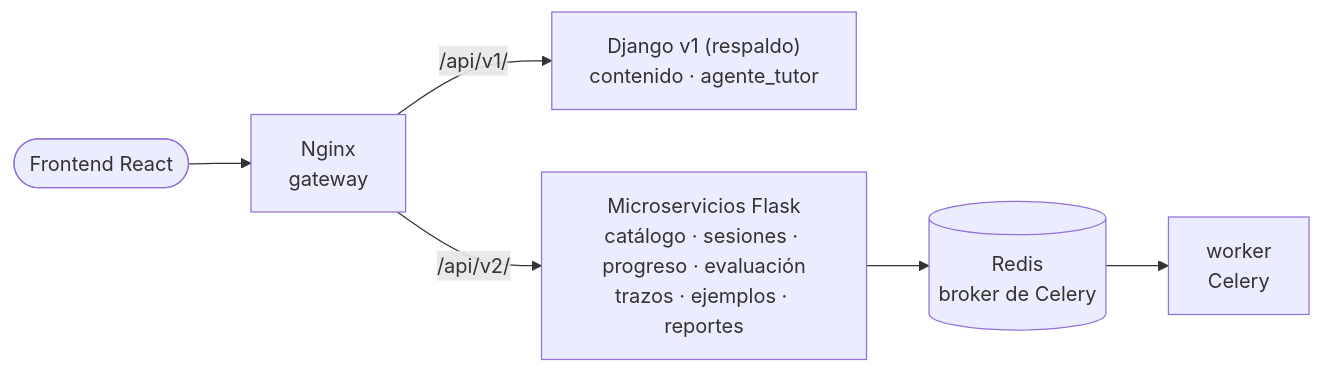
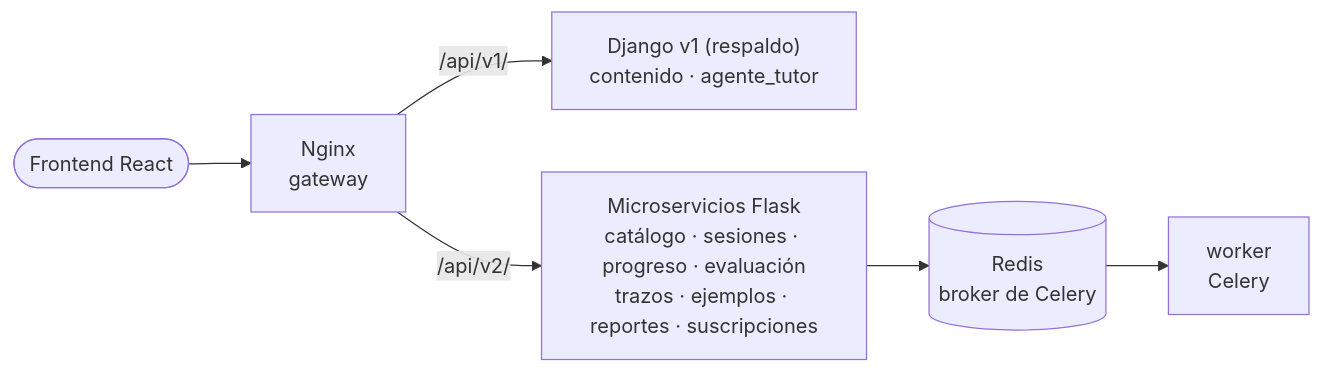
One commit to jalvarez01/HanZi-Mentor changed the second of 9 diagrams in docs/wiki/Entrega-II.md. Above: the diagram before and after it, drawn with Mermaid. The commit also changed other lines of this file and 1 other file, not shown here.

Commit message:
docs: suscripciones en el readme y la wiki

````diff
--- a/docs/wiki/Entrega-II.md
+++ b/docs/wiki/Entrega-II.md
@@ -186,8 +187,8 @@
 ```mermaid
 flowchart LR
     app(["Frontend React"]) --> nginx["Nginx<br/>gateway"]
     nginx -->|"/api/v1/"| v1["Django v1 (respaldo)<br/>contenido · agente_tutor"]
-    nginx -->|"/api/v2/"| v2["Microservicios Flask<br/>catálogo · sesiones · progreso · evaluación<br/>trazos · ejemplos · reportes"]
+    nginx -->|"/api/v2/"| v2["Microservicios Flask<br/>catálogo · sesiones · progreso · evaluación<br/>trazos · ejemplos · reportes · suscripciones"]
     v2 --> redis[("Redis<br/>broker de Celery")]
     redis --> worker["worker<br/>Celery"]
 ```
````
